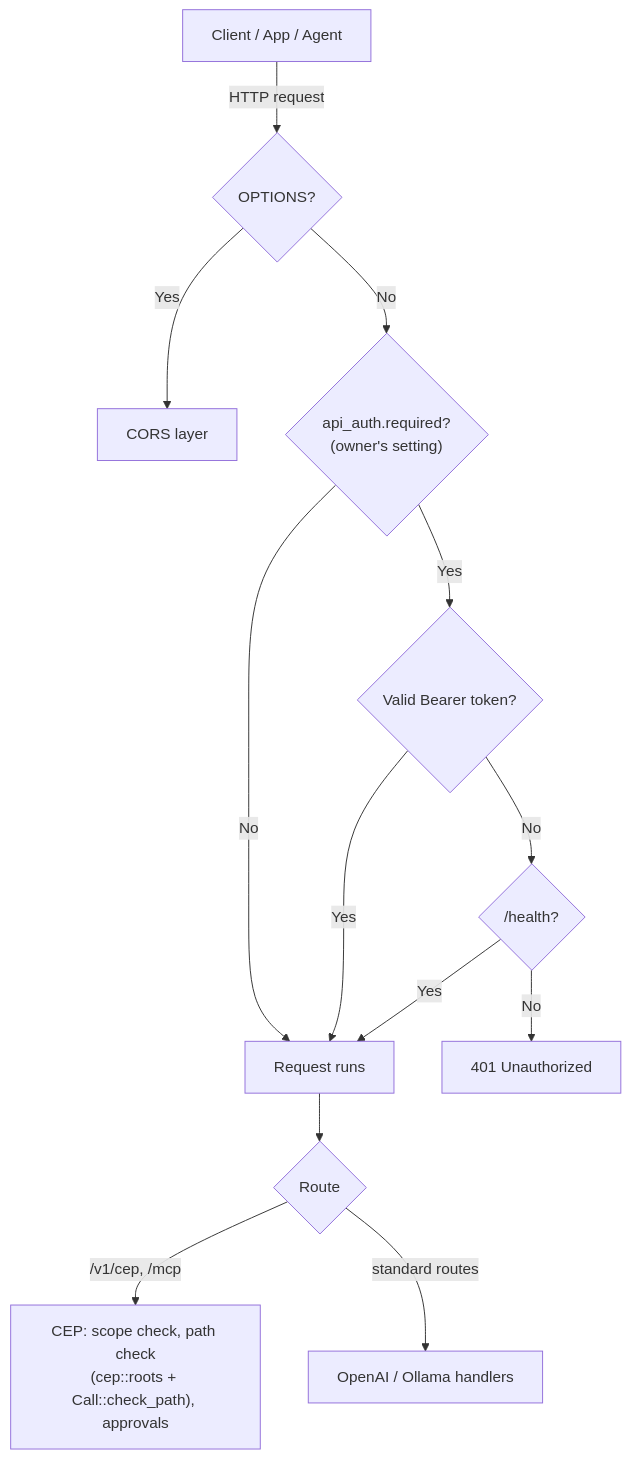
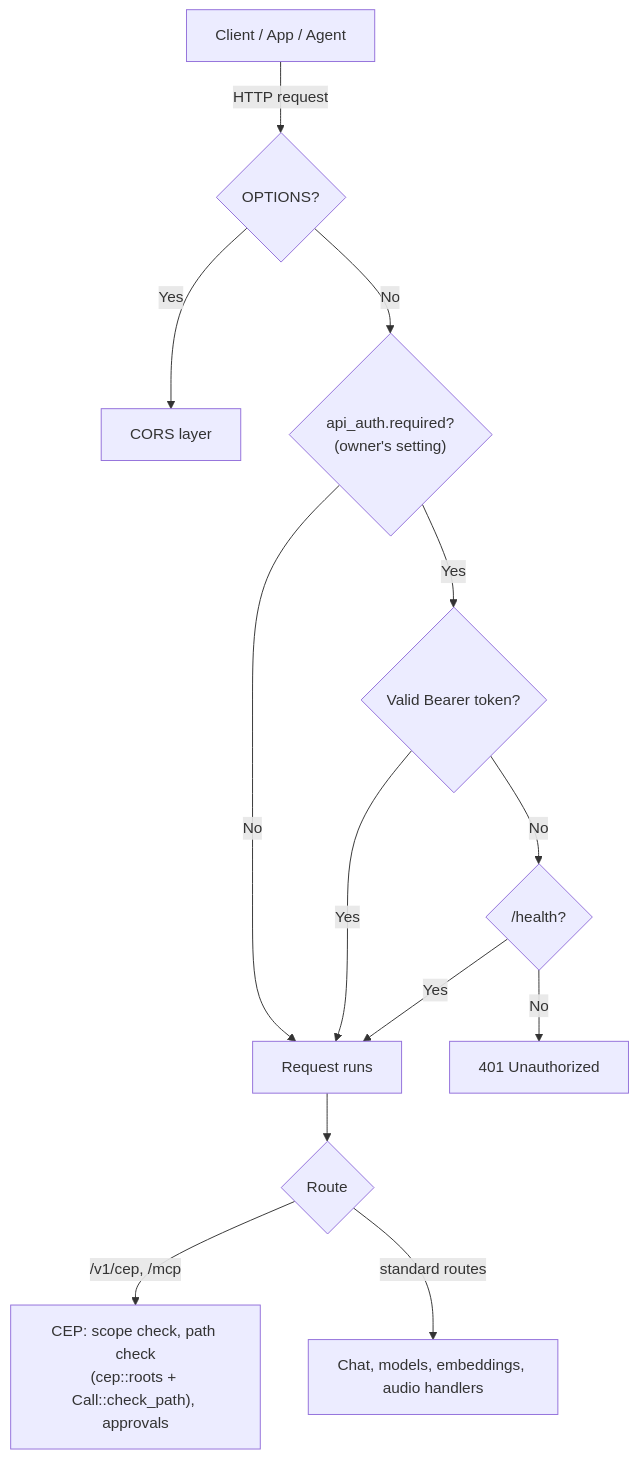
The first of 3 diagrams in docs/architecture/security-and-auth-architecture.md (cluaiz/cluaiz), drawn with Mermaid before and after one commit. The commit also changed other lines of this file and 210 other files, not shown here.

Commit message:
docs: figures redrawn in black and white as real diagrams, Coming from Ollama, terminal screen page, OS sandbox facts corrected, OpenAI extra_body

````diff
--- a/docs/architecture/security-and-auth-architecture.md
+++ b/docs/architecture/security-and-auth-architecture.md
@@ -17,17 +19,17 @@
 ```mermaid
 flowchart TD
     Client["Client / App / Agent"] -->|HTTP request| Preflight{"OPTIONS?"}
     Preflight -->|Yes| CORS["CORS layer"]
     Preflight -->|No| Required{"api_auth.required?
 (owner's setting)"}
     Required -->|No| Pass["Request runs"]
     Required -->|Yes| Valid{"Valid Bearer token?"}
     Valid -->|Yes| Pass
     Valid -->|No| Health{"/health?"}
     Health -->|Yes| Pass
     Health -->|No| Block["401 Unauthorized"]
     Pass --> Route{"Route"}
     Route -->|"/v1/cep, /mcp"| Cep["CEP: scope check, path check
 (cep::roots + Call::check_path), approvals"]
-    Route -->|"standard routes"| Std["OpenAI / Ollama handlers"]
+    Route -->|"standard routes"| Std["Chat, models, embeddings, audio handlers"]
 ```
````
